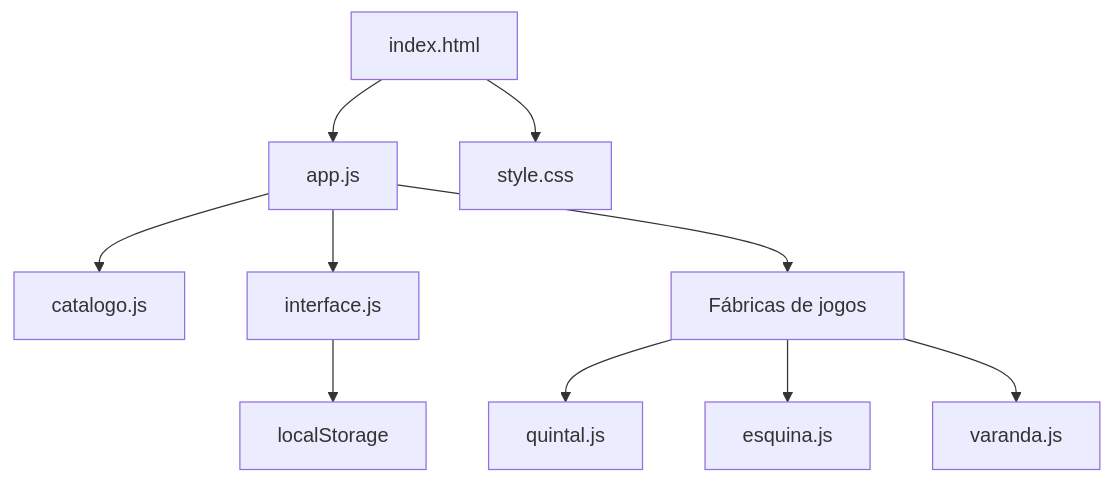
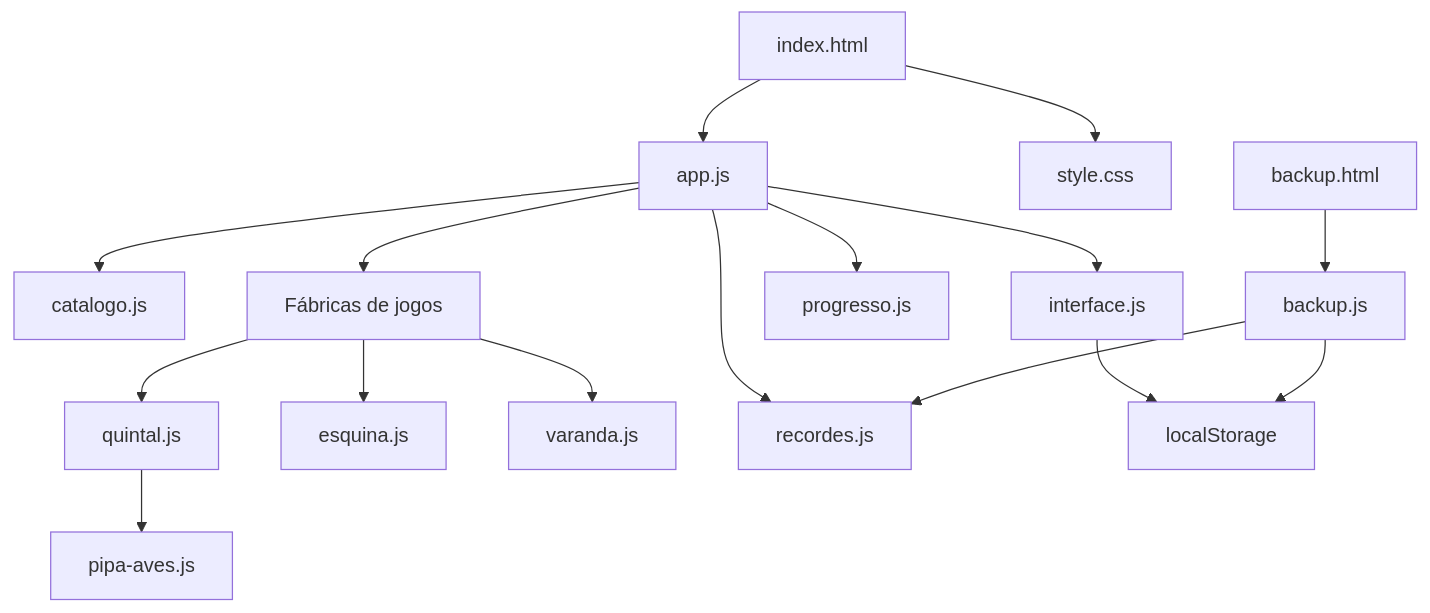
The diagram in README.md (luigiscofano/Miudezas), drawn with Mermaid before and after one commit. The commit also changed other lines of this file and 12 other files, not shown here.

````diff
--- a/README.md
+++ b/README.md
@@ -280,12 +347,18 @@
 ```mermaid
 flowchart TD
   H["index.html"] --> A["app.js"]
   H --> S["style.css"]
   A --> C["catalogo.js"]
   A --> I["interface.js"]
   A --> F["Fábricas de jogos"]
   F --> Q["quintal.js"]
   F --> E["esquina.js"]
   F --> V["varanda.js"]
+  A --> R["recordes.js"]
+  A --> P["progresso.js"]
+  Q --> B["pipa-aves.js"]
   I --> L["localStorage"]
+  X["backup.html"] --> Y["backup.js"]
+  Y --> R
+  Y --> L
 ```
````
